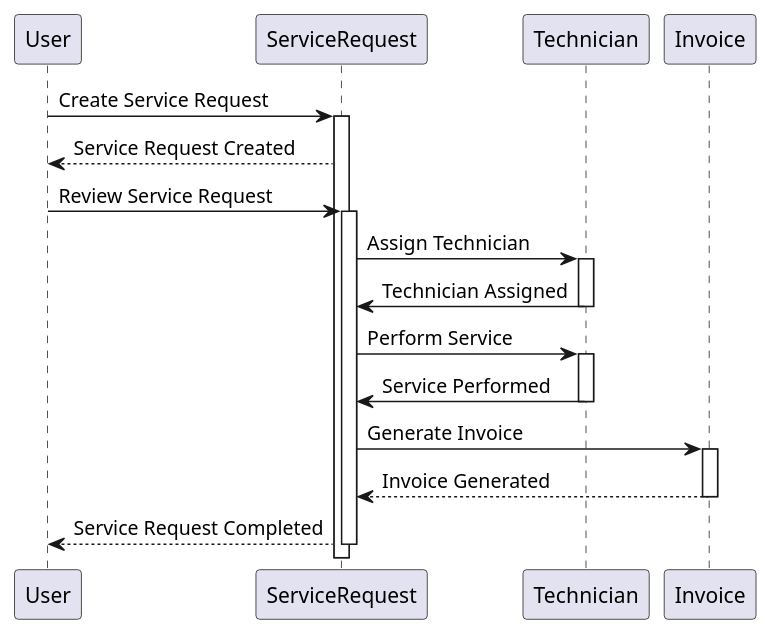
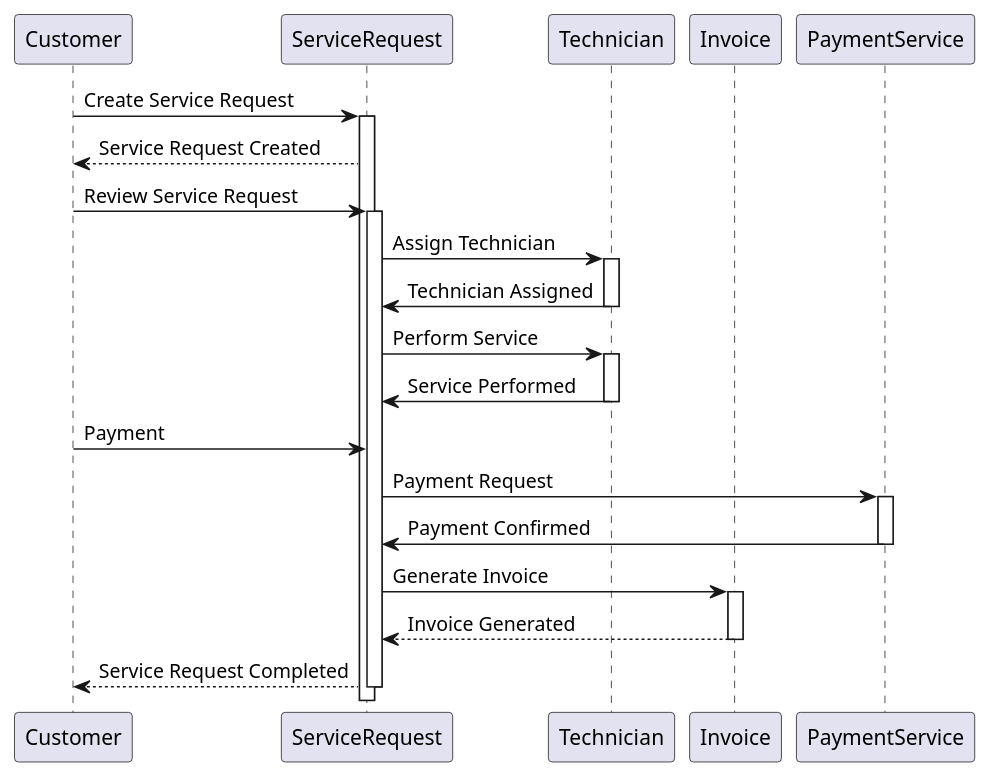
The diagram in umlDiagrams/computer_service_sequence_diagram.plantuml (Fluorky/Computer-Service-Django-Api), drawn with PlantUML before and after one commit. The commit also changed 4 other files, not shown here.

Commit message:
Update model and serializers. Changes in uml diagrams

```diff
--- a/umlDiagrams/computer_service_sequence_diagram.plantuml
+++ b/umlDiagrams/computer_service_sequence_diagram.plantuml
@@ -1,37 +1,41 @@
 @startuml
 
-participant "User" as User
+participant "Customer" as Customer
 participant "ServiceRequest" as ServiceRequest
 participant "Technician" as Technician
 participant "Invoice" as Invoice
 
-User -> ServiceRequest: Create Service Request
+Customer -> ServiceRequest: Create Service Request
 activate ServiceRequest
 
-ServiceRequest --> User: Service Request Created
+ServiceRequest --> Customer: Service Request Created
 
-User -> ServiceRequest: Review Service Request
+Customer -> ServiceRequest: Review Service Request
 activate ServiceRequest
 
 ServiceRequest -> Technician: Assign Technician
 activate Technician
 
 Technician -> ServiceRequest: Technician Assigned
 deactivate Technician
 
 ServiceRequest -> Technician: Perform Service
 activate Technician
 
 Technician -> ServiceRequest: Service Performed
 deactivate Technician
-
+Customer -> ServiceRequest: Payment
+ServiceRequest -> PaymentService: Payment Request
+activate PaymentService
+PaymentService -> ServiceRequest : Payment Confirmed
+deactivate PaymentService
 ServiceRequest -> Invoice: Generate Invoice
 activate Invoice
 
 Invoice --> ServiceRequest: Invoice Generated
 deactivate Invoice
 
-ServiceRequest --> User: Service Request Completed
+ServiceRequest --> Customer: Service Request Completed
 deactivate ServiceRequest
 
 @enduml
```
